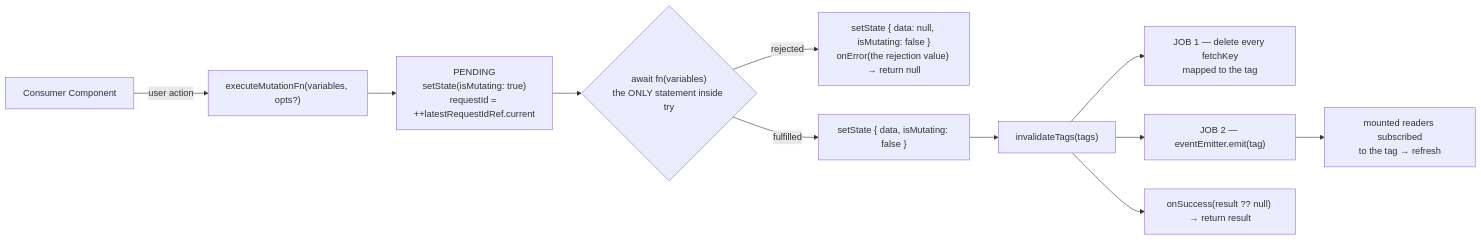
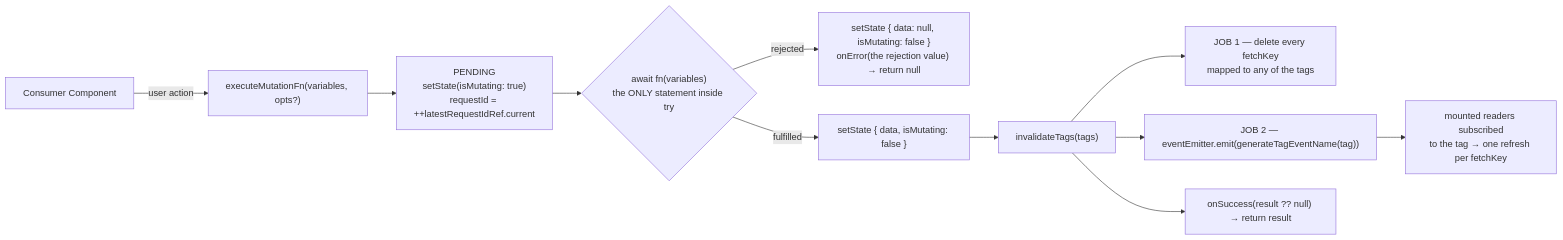
The first of 4 diagrams in docs/architecture/USE-MUTATION-FN-FLOW.md (chuhaiphu/fetchwire), drawn with Mermaid before and after one commit. The commit also changed other lines of this file and 11 other files, not shown here.

First line of the commit message:
fix: a refresh updates every reader of its fetchKey, and an invalidation sends one request per fetchKey

````diff
--- a/docs/architecture/USE-MUTATION-FN-FLOW.md
+++ b/docs/architecture/USE-MUTATION-FN-FLOW.md
@@ -36,15 +36,15 @@
 ```mermaid
 flowchart LR
     Cmp["Consumer Component"] -->|"user action"| EXE["executeMutationFn(variables, opts?)"]
     EXE --> PEND["PENDING<br/>setState(isMutating: true)<br/>requestId = ++latestRequestIdRef.current"]
     PEND --> TRY{"await fn(variables)<br/>the ONLY statement inside try"}
 
     TRY -->|"rejected"| ERRS["setState { data: null, isMutating: false }<br/>onError(the rejection value) → return null"]
 
     TRY -->|"fulfilled"| OKS["setState { data, isMutating: false }"]
     OKS --> INV["invalidateTags(tags)"]
-    INV --> CLR["JOB 1 — delete every fetchKey<br/>mapped to the tag"]
-    INV --> EMIT["JOB 2 — eventEmitter.emit(tag)"]
-    EMIT --> RD["mounted readers subscribed<br/>to the tag → refresh"]
+    INV --> CLR["JOB 1 — delete every fetchKey<br/>mapped to any of the tags"]
+    INV --> EMIT["JOB 2 — eventEmitter.emit(generateTagEventName(tag))"]
+    EMIT --> RD["mounted readers subscribed<br/>to the tag → one refresh per fetchKey"]
     INV --> OK["onSuccess(result ?? null) → return result"]
 ```
````
